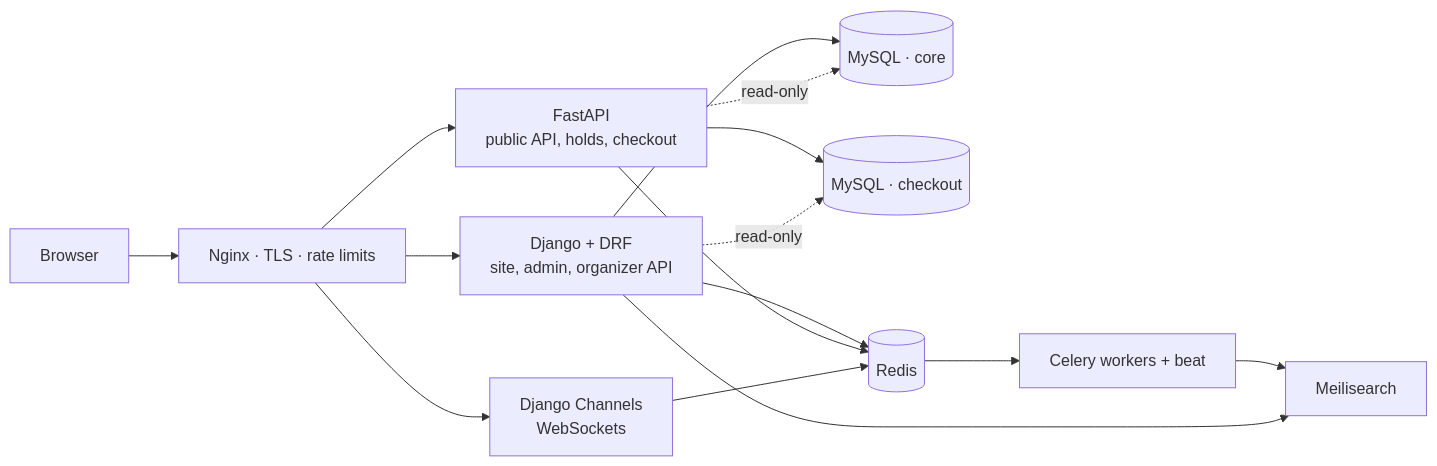
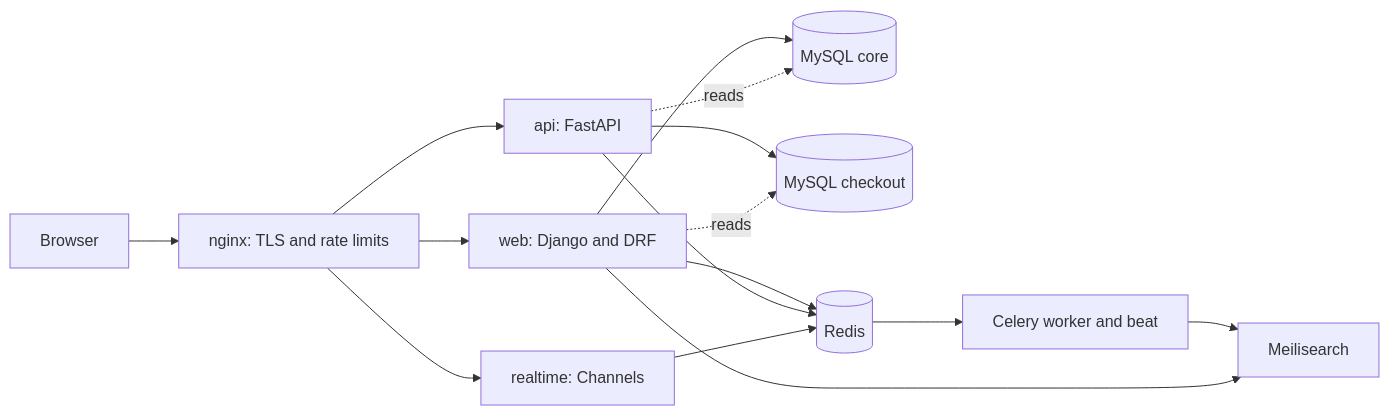
Before and after one commit to i-wajidrashid/ticketforge: the diagram in README.md, drawn with Mermaid. The commit also changed other lines of this file and 111 other files, not shown here.

````diff
--- a/README.md
+++ b/README.md
@@ -77,17 +87,17 @@
 ```mermaid
 flowchart LR
-    B[Browser] --> N[Nginx · TLS · rate limits]
-    N --> W[Django + DRF<br/>site, admin, organizer API]
-    N --> A[FastAPI<br/>public API, holds, checkout]
-    N --> C[Django Channels<br/>WebSockets]
-    W --> MC[(MySQL · core)]
-    A --> MK[(MySQL · checkout)]
-    W -. read-only .-> MK
-    A -. read-only .-> MC
+    B[Browser] --> N[nginx: TLS and rate limits]
+    N --> W[web: Django and DRF]
+    N --> A[api: FastAPI]
+    N --> C[realtime: Channels]
+    W --> MC[(MySQL core)]
+    A --> MK[(MySQL checkout)]
+    W -. reads .-> MK
+    A -. reads .-> MC
     W --> R[(Redis)]
     A --> R
     C --> R
-    R --> CW[Celery workers + beat]
+    R --> CW[Celery worker and beat]
     CW --> M[Meilisearch]
     W --> M
 ```
````
